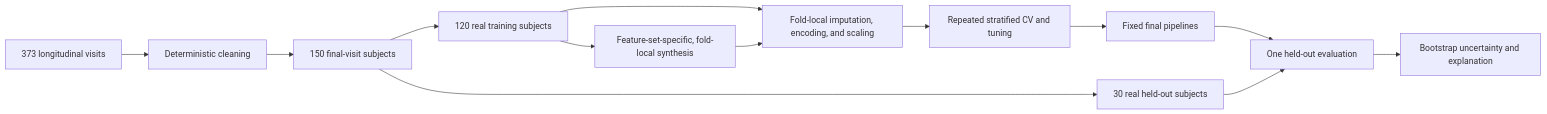
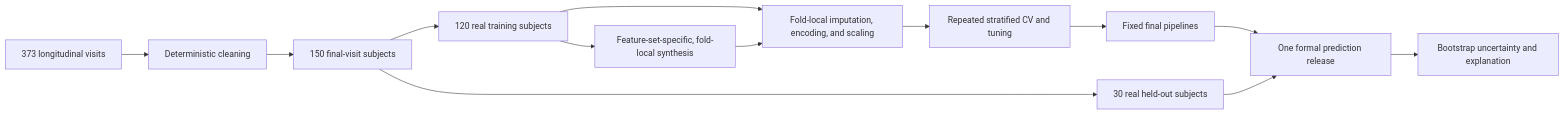
Before and after one commit to ImTera106/dementia-classification: the diagram in report/report.qmd, drawn with Mermaid. The commit also changed other lines of this file and 32 other files, not shown here.

````diff
--- a/report/report.qmd
+++ b/report/report.qmd
@@ -177,15 +259,15 @@
 ```{mermaid}
 flowchart LR
   A["373 longitudinal visits"] --> B["Deterministic cleaning"]
   B --> C["150 final-visit subjects"]
   C --> D["120 real training subjects"]
   C --> E["30 real held-out subjects"]
   D --> F["Fold-local imputation, encoding, and scaling"]
   D --> S["Feature-set-specific, fold-local synthesis"]
   S --> F
   F --> G["Repeated stratified CV and tuning"]
   G --> H["Fixed final pipelines"]
-  H --> I["One held-out evaluation"]
+  H --> I["One formal prediction release"]
   E --> I
   I --> J["Bootstrap uncertainty and explanation"]
 ```
````
